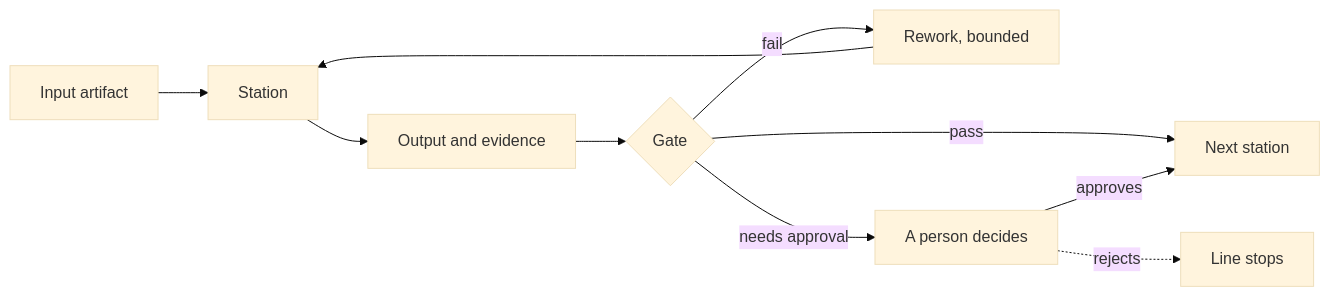
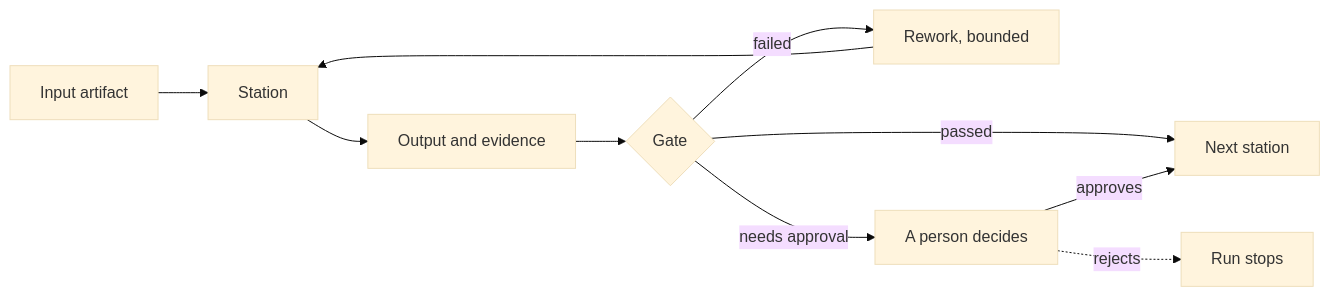
One commit to hnrly/pydantic-ai-factory changed the second of 2 diagrams in docs/concepts.md. Above: the diagram before and after it, drawn with Mermaid (base theme). The commit also changed other lines of this file and 1 other file, not shown here.

Commit message:
Merge the branch below and describe the factory without a separate line

````diff
--- a/docs/concepts.md
+++ b/docs/concepts.md
@@ -51,12 +55,12 @@
 ```mermaid
 flowchart LR
     A["Input artifact"] --> ST["Station"]
     ST --> E["Output and evidence"]
     E --> G{"Gate"}
-    G -->|"pass"| N["Next station"]
-    G -->|"fail"| R["Rework, bounded"]
+    G -->|"passed"| N["Next station"]
+    G -->|"failed"| R["Rework, bounded"]
     R --> ST
     G -->|"needs approval"| H["A person decides"]
     H -->|"approves"| N
-    H -.->|"rejects"| X["Line stops"]
+    H -.->|"rejects"| X["Run stops"]
 ```
````
